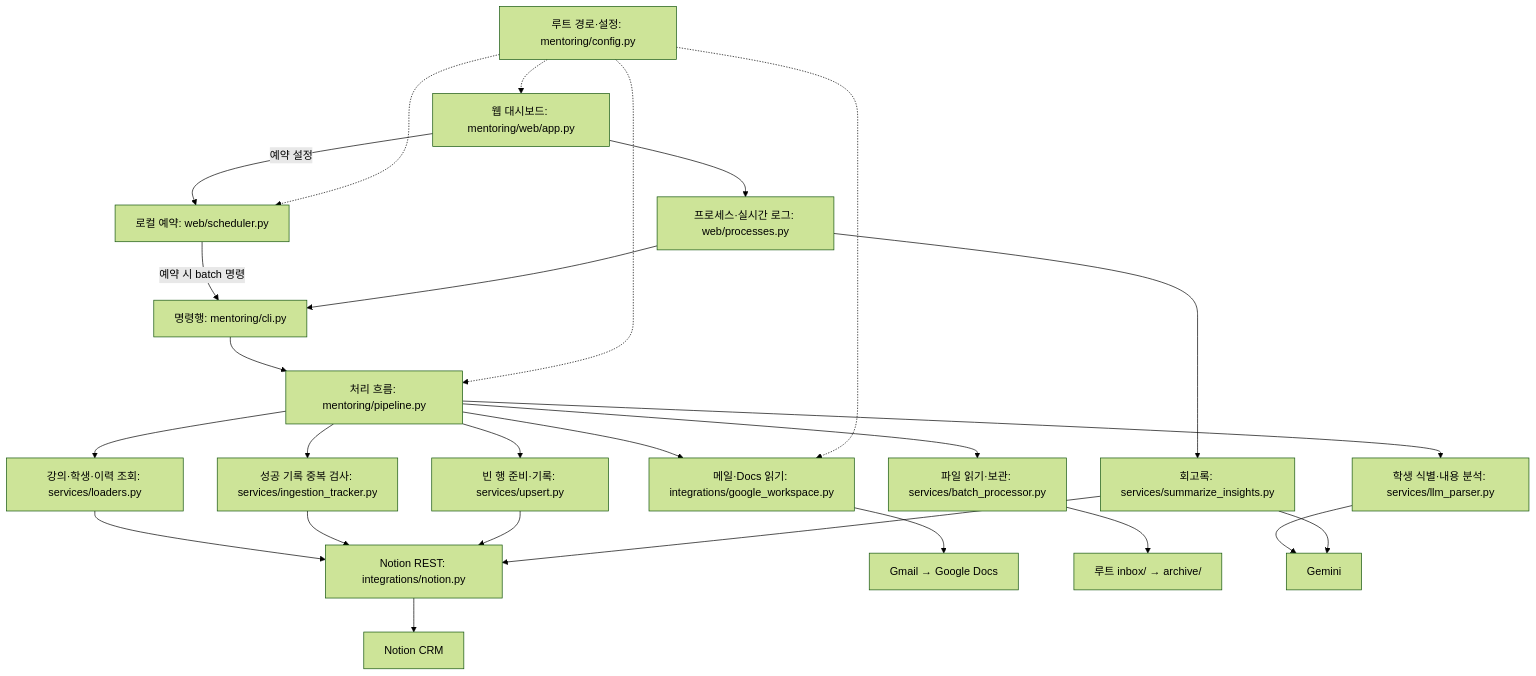
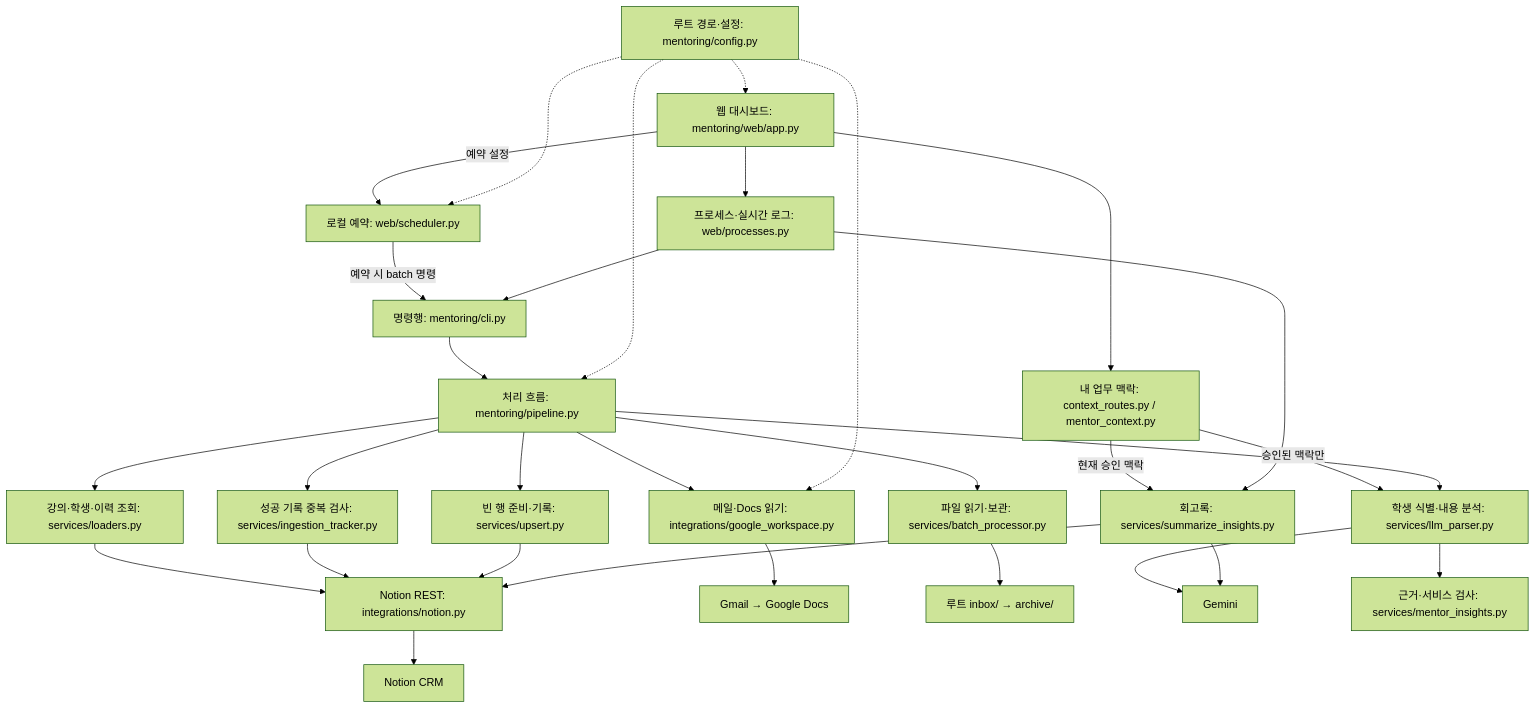
The diagram in docs/architecture_diagram.md (nana-park/mentoring-agent-for-mentor), drawn with Mermaid (forest theme) before and after one commit. The commit also changed other lines of this file and 22 other files, not shown here.

Commit message:
feat: add reviewed mentor work context and actionable insights

````diff
--- a/docs/architecture_diagram.md
+++ b/docs/architecture_diagram.md
@@ -6,47 +6,53 @@
 ```mermaid
 flowchart TD
     UI["웹 대시보드: mentoring/web/app.py"]
     PROCESS["프로세스·실시간 로그: web/processes.py"]
     SCHEDULE["로컬 예약: web/scheduler.py"]
     CLI["명령행: mentoring/cli.py"]
     MAIN["처리 흐름: mentoring/pipeline.py"]
     LOAD["강의·학생·이력 조회: services/loaders.py"]
     GOOGLE["메일·Docs 읽기: integrations/google_workspace.py"]
     BATCH["파일 읽기·보관: services/batch_processor.py"]
     TRACK["성공 기록 중복 검사: services/ingestion_tracker.py"]
     AI["학생 식별·내용 분석: services/llm_parser.py"]
     SAVE["빈 행 준비·기록: services/upsert.py"]
     REST["Notion REST: integrations/notion.py"]
     SUMMARY["회고록: services/summarize_insights.py"]
     CONFIG["루트 경로·설정: mentoring/config.py"]
     GMAIL["Gmail → Google Docs"]
     FILES["루트 inbox/ → archive/"]
     GEMINI["Gemini"]
     NOTION["Notion CRM"]
 
+    WORK["내 업무 맥락: context_routes.py / mentor_context.py"]
+    REVIEW["근거·서비스 검사: services/mentor_insights.py"]
+    UI --> WORK
+    WORK -->|승인된 맥락만| AI
+    WORK -->|현재 승인 맥락| SUMMARY
+    AI --> REVIEW
     UI --> PROCESS
     UI -->|예약 설정| SCHEDULE
     SCHEDULE -->|예약 시 batch 명령| CLI
     PROCESS --> CLI
     PROCESS --> SUMMARY
     CLI --> MAIN
     MAIN --> LOAD
     MAIN --> GOOGLE
     MAIN --> BATCH
     MAIN --> TRACK
     MAIN --> AI
     MAIN --> SAVE
     GOOGLE --> GMAIL
     BATCH --> FILES
     AI --> GEMINI
     LOAD --> REST
     TRACK --> REST
     SAVE --> REST
     SUMMARY --> GEMINI
     SUMMARY --> REST
     REST --> NOTION
     CONFIG -.-> MAIN
     CONFIG -.-> UI
     CONFIG -.-> GOOGLE
     CONFIG -.-> SCHEDULE
 ```
````
